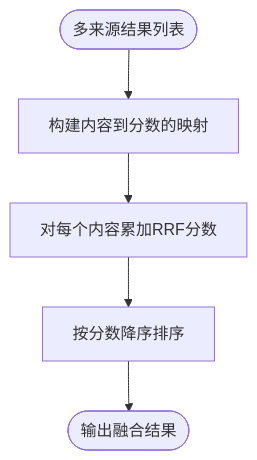
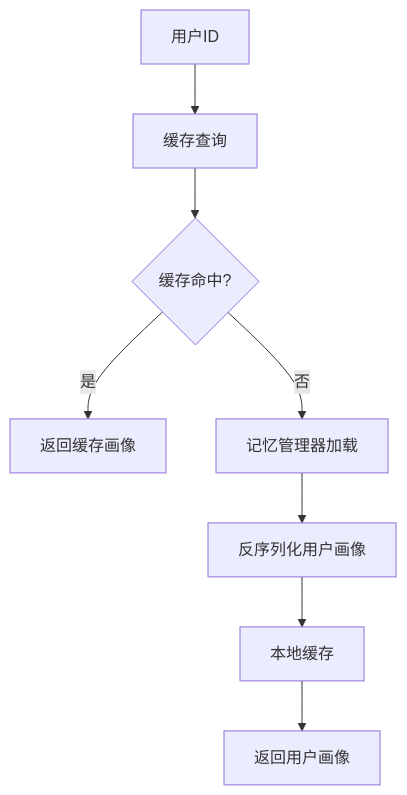
Before and after one commit to JieGaoPrinceton/NecoRAG: the fifth of 10 diagrams in .qoder/repowiki/zh/content/检索引擎模块/检索引擎模块.md, drawn with Mermaid. The commit also changed other lines of this file and 82 other files, not shown here.

````diff
--- a/.qoder/repowiki/zh/content/检索引擎模块/检索引擎模块.md
+++ b/.qoder/repowiki/zh/content/检索引擎模块/检索引擎模块.md
@@ -237,7 +244,10 @@
 ```mermaid
 flowchart TD
-A(["多来源结果列表"]) --> Build["构建内容到分数的映射"]
-Build --> Sum["对每个内容累加RRF分数"]
-Sum --> Sort["按分数降序排序"]
-Sort --> Out(["输出融合结果"])
+A["用户ID"] --> B["缓存查询"]
+B --> C{"缓存命中?"}
+C --> |是| D["返回缓存画像"]
+C --> |否| E["记忆管理器加载"]
+E --> F["反序列化用户画像"]
+F --> G["本地缓存"]
+G --> H["返回用户画像"]
 ```
````
